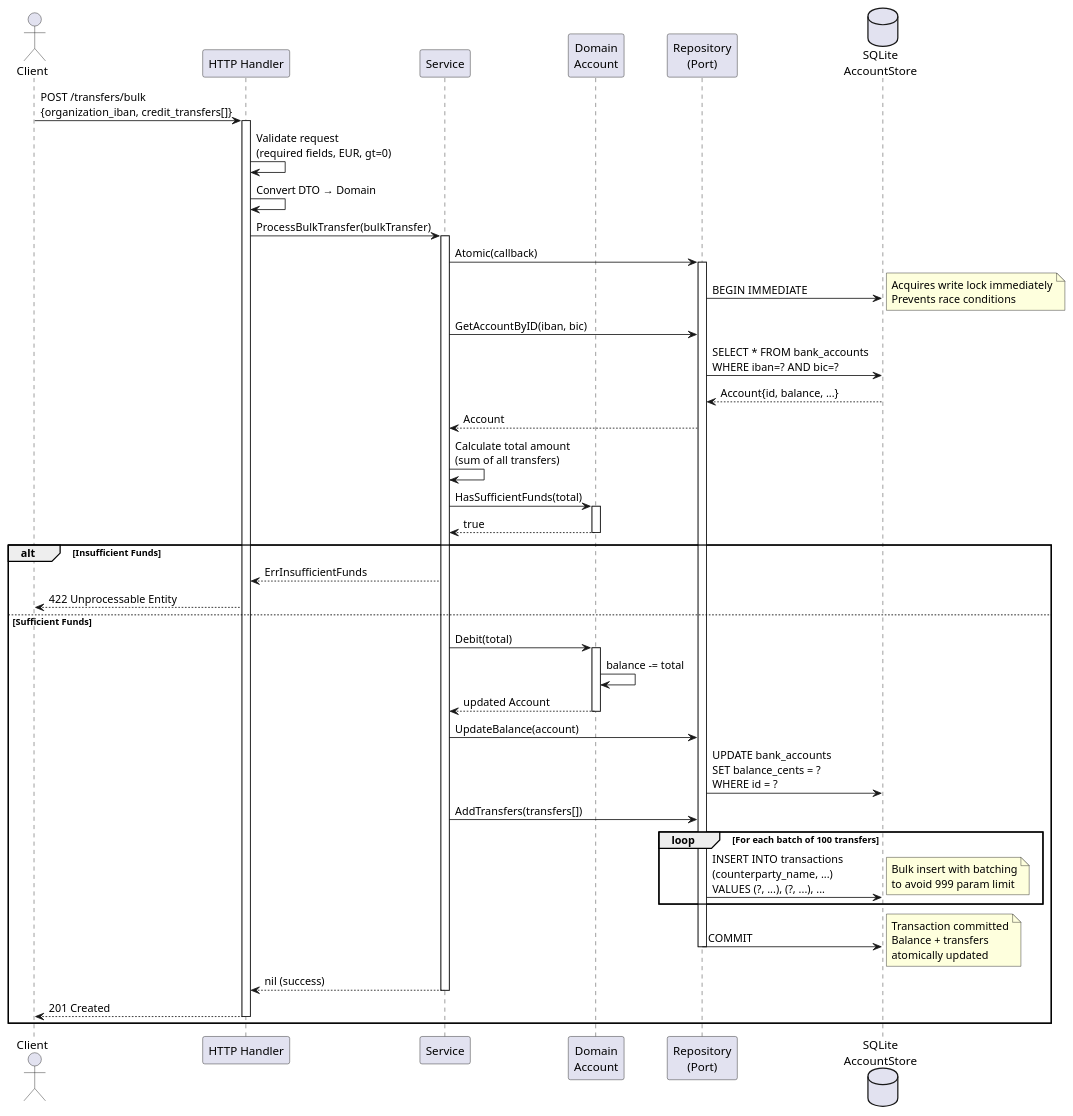
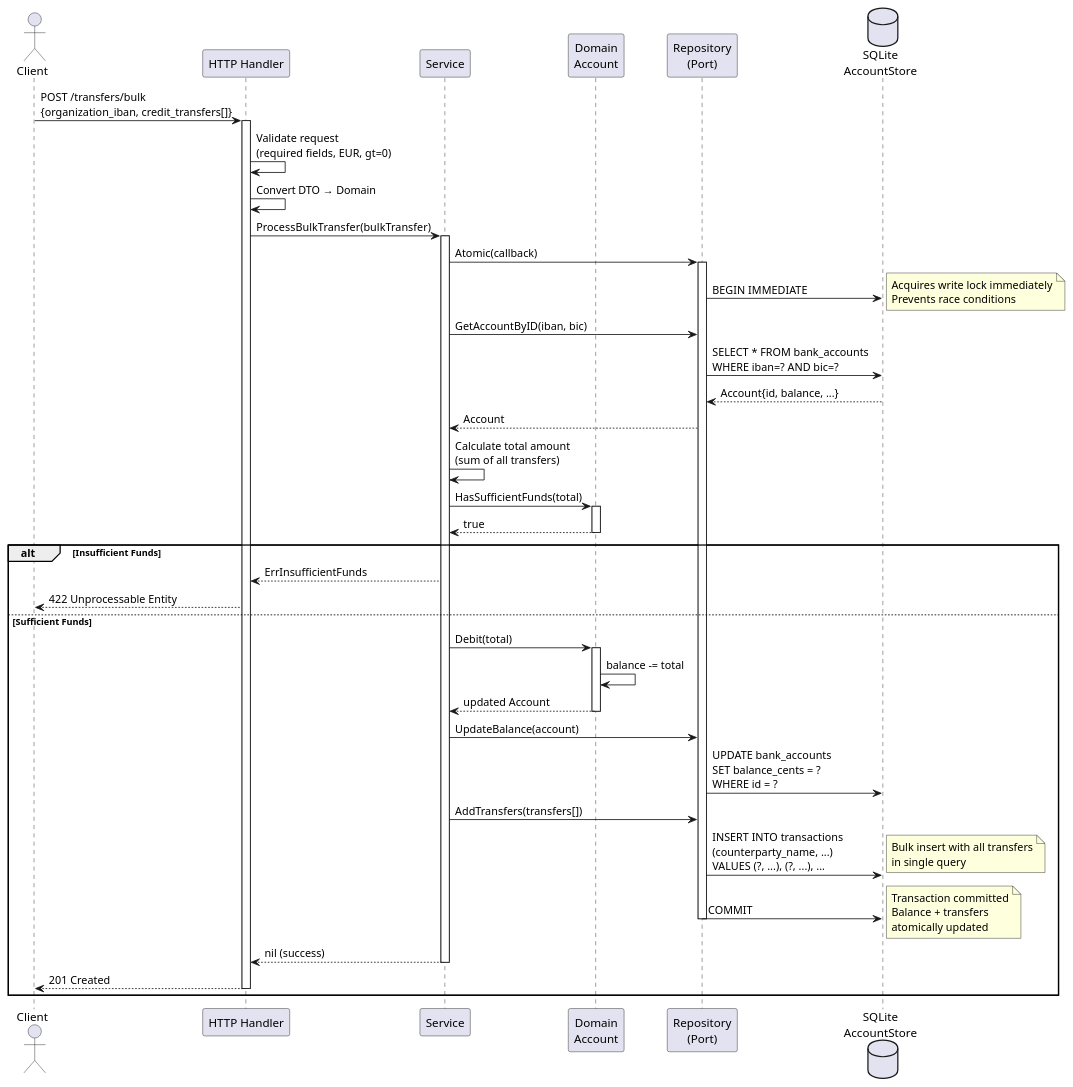
The diagram in docs/sequence.puml (TestardR/bulk_payment_service), drawn with PlantUML before and after one commit. The commit also changed 14 other files, not shown here.

```diff
--- a/docs/sequence.puml
+++ b/docs/sequence.puml
@@ -1,69 +1,66 @@
 @startuml Bulk Transfer - Successful Flow
 
 actor Client
 participant "HTTP Handler" as handler
 participant "Service" as service
 participant "Domain\nAccount" as account
 participant "Repository\n(Port)" as repo
 database "SQLite\nAccountStore" as db
 
 Client -> handler: POST /transfers/bulk\n{organization_iban, credit_transfers[]}
 
 activate handler
 handler -> handler: Validate request\n(required fields, EUR, gt=0)
 handler -> handler: Convert DTO → Domain
 
 handler -> service: ProcessBulkTransfer(bulkTransfer)
 activate service
 
 service -> repo: Atomic(callback)
 activate repo
 repo -> db: BEGIN IMMEDIATE
 note right: Acquires write lock immediately\nPrevents race conditions
 
 service -> repo: GetAccountByID(iban, bic)
 repo -> db: SELECT * FROM bank_accounts\nWHERE iban=? AND bic=?
 db --> repo: Account{id, balance, ...}
 repo --> service: Account
 
 service -> service: Calculate total amount\n(sum of all transfers)
 
 service -> account: HasSufficientFunds(total)
 activate account
 account --> service: true
 deactivate account
 
 alt Insufficient Funds
   service --> handler: ErrInsufficientFunds
   handler --> Client: 422 Unprocessable Entity
 else Sufficient Funds
   
   service -> account: Debit(total)
   activate account
   account -> account: balance -= total
   account --> service: updated Account
   deactivate account
   
   service -> repo: UpdateBalance(account)
   repo -> db: UPDATE bank_accounts\nSET balance_cents = ?\nWHERE id = ?
   
   service -> repo: AddTransfers(transfers[])
-  
-  loop For each batch of 100 transfers
-    repo -> db: INSERT INTO transactions\n(counterparty_name, ...)\nVALUES (?, ...), (?, ...), ...
-    note right: Bulk insert with batching\nto avoid 999 param limit
-  end
+  repo -> db: INSERT INTO transactions\n(counterparty_name, ...)\nVALUES (?, ...), (?, ...), ...
+  note right: Bulk insert with all transfers\nin single query
   
   repo -> db: COMMIT
   note right: Transaction committed\nBalance + transfers\natomically updated
   
   deactivate repo
   
   service --> handler: nil (success)
   deactivate service
   
   handler --> Client: 201 Created
   deactivate handler
 end
 
 @enduml
```
